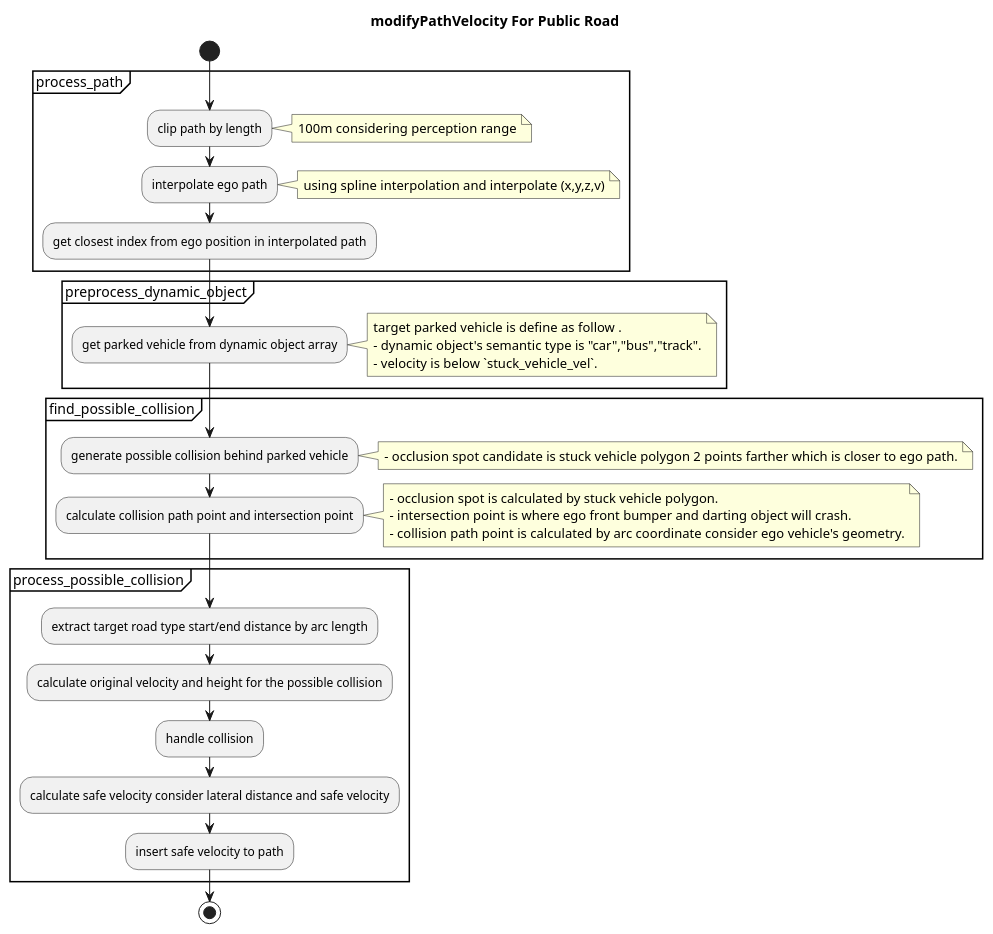
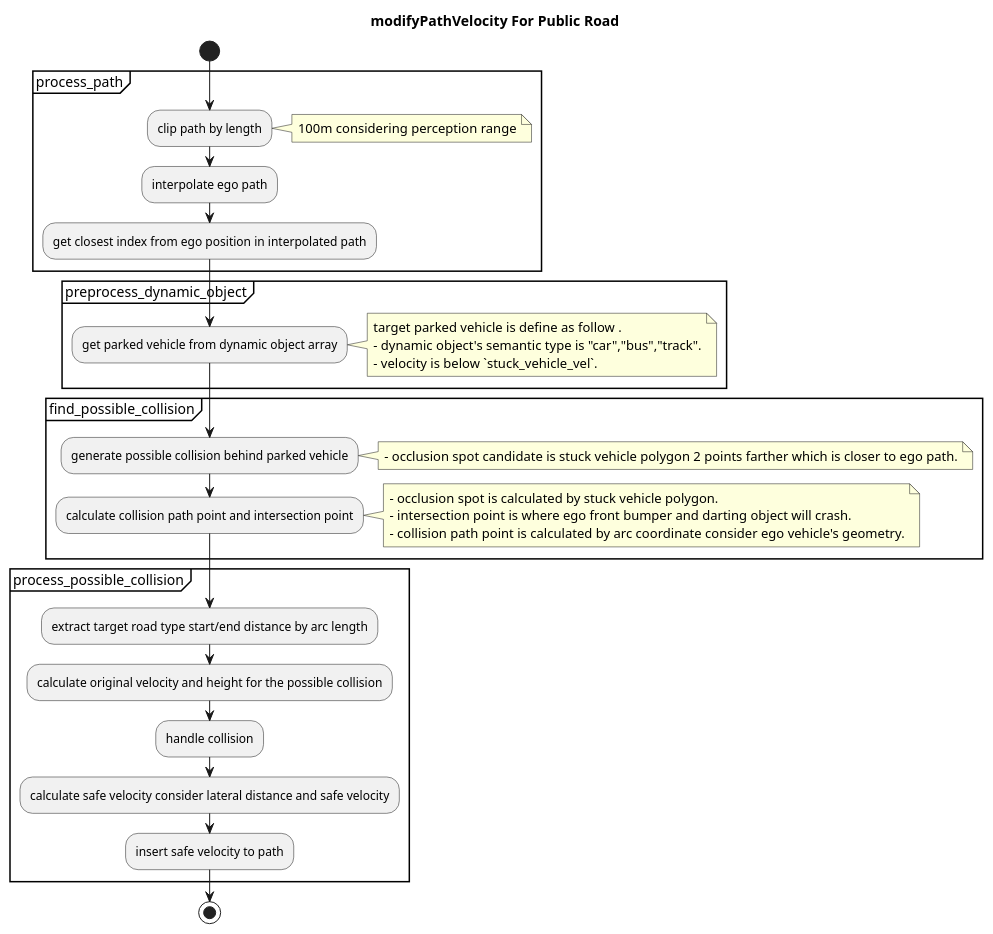
The second of 3 diagrams in planning/behavior_velocity_planner/occlusion-spot-design.md (autowarefoundation/autoware.universe), drawn with PlantUML before and after one commit.

Commit message:
doc(behavior_velocity): cosmetic change

````diff
--- a/planning/behavior_velocity_planner/occlusion-spot-design.md
+++ b/planning/behavior_velocity_planner/occlusion-spot-design.md
@@ -152,46 +152,43 @@
 ```plantuml
 @startuml
 title modifyPathVelocity For Public Road
 start
 
 partition process_path {
 :clip path by length;
 note right
   100m considering perception range
 end note
 :interpolate ego path;
-note right
-  using spline interpolation and interpolate (x,y,z,v)
-end note
 :get closest index from ego position in interpolated path;
 }
 partition preprocess_dynamic_object {
 :get parked vehicle from dynamic object array;
 note right
   target parked vehicle is define as follow .
   - dynamic object's semantic type is "car","bus","track".
   - velocity is below `stuck_vehicle_vel`.
 end note
 }
 partition find_possible_collision {
 :generate possible collision behind parked vehicle;
 note right
   - occlusion spot candidate is stuck vehicle polygon 2 points farther which is closer to ego path.
 end note
 :calculate collision path point and intersection point;
 note right
   - occlusion spot is calculated by stuck vehicle polygon.
   - intersection point is where ego front bumper and darting object will crash.
   - collision path point is calculated by arc coordinate consider ego vehicle's geometry.
 end note
 }
 partition process_possible_collision {
 :extract target road type start/end distance by arc length;
 :calculate original velocity and height for the possible collision;
 :handle collision;
 :calculate safe velocity consider lateral distance and safe velocity;
 :insert safe velocity to path;
 }
 stop
 @enduml
 ```
````
